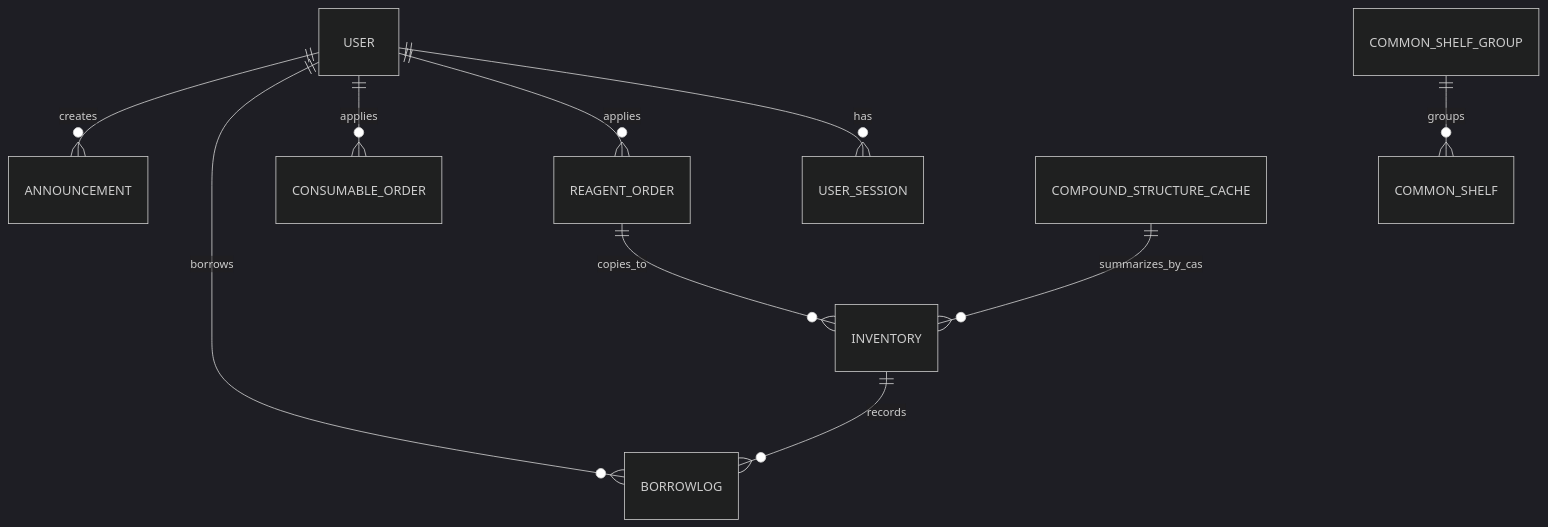
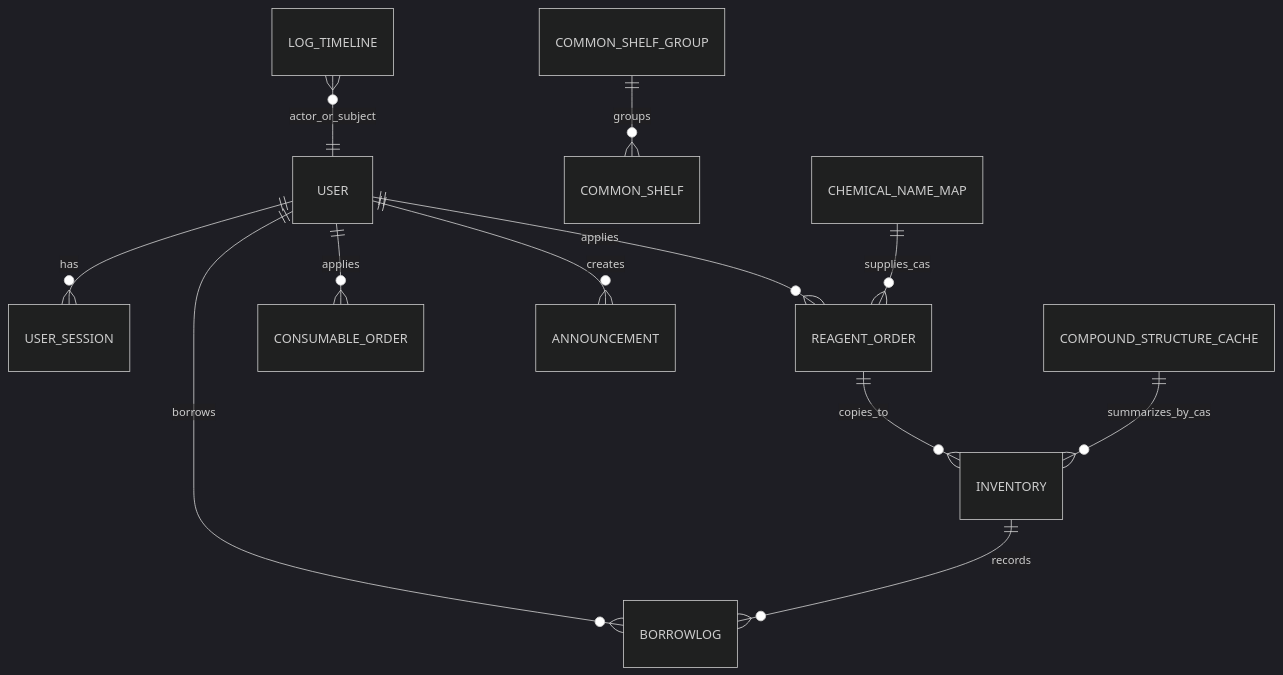
One commit to hzb666/LabStorageManager changed the diagram in wiki/database/data-model.md. Above: the diagram before and after it, drawn with Mermaid (dark theme). The commit also changed other lines of this file and 176 other files, not shown here.

````diff
--- a/wiki/database/data-model.md
+++ b/wiki/database/data-model.md
@@ -33,12 +55,14 @@
 ```mermaid
 erDiagram
     USER ||--o{ USER_SESSION : has
     USER ||--o{ REAGENT_ORDER : applies
     USER ||--o{ CONSUMABLE_ORDER : applies
     USER ||--o{ BORROWLOG : borrows
     USER ||--o{ ANNOUNCEMENT : creates
     REAGENT_ORDER ||--o{ INVENTORY : copies_to
     INVENTORY ||--o{ BORROWLOG : records
     COMMON_SHELF_GROUP ||--o{ COMMON_SHELF : groups
+    CHEMICAL_NAME_MAP ||--o{ REAGENT_ORDER : supplies_cas
     COMPOUND_STRUCTURE_CACHE ||--o{ INVENTORY : summarizes_by_cas
+    LOG_TIMELINE }o--|| USER : actor_or_subject
 ```
````
